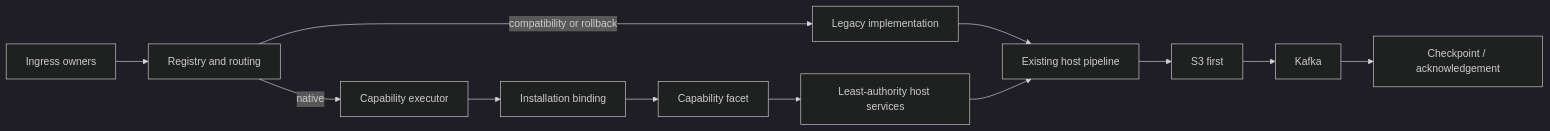
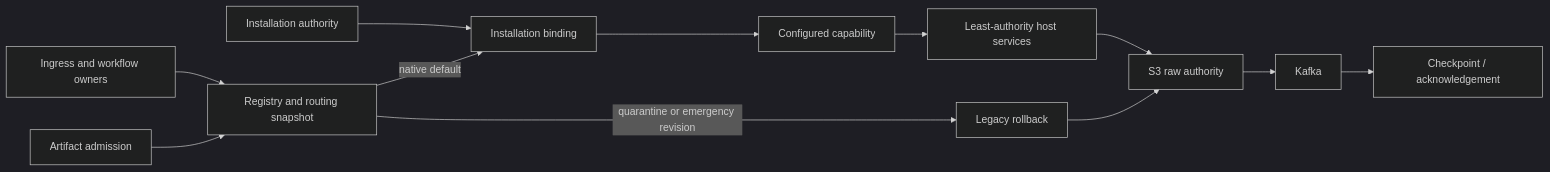
The diagram in docs/ingestion/source-connectors/runtime-architecture.md (Fyralisinc/fyraliscore), drawn with Mermaid (dark theme) before and after one commit. The commit also changed other lines of this file and 82 other files, not shown here.

````diff
--- a/docs/ingestion/source-connectors/runtime-architecture.md
+++ b/docs/ingestion/source-connectors/runtime-architecture.md
@@ -12,14 +17,14 @@
 ```mermaid
 flowchart LR
-    I[Ingress owners] --> RR[Registry and routing]
-    RR -->|native| EX[Capability executor]
-    RR -->|compatibility or rollback| LG[Legacy implementation]
-    EX --> B[Installation binding]
-    B --> C[Capability facet]
+    I[Ingress and workflow owners] --> RR[Registry and routing snapshot]
+    A[Artifact admission] --> RR
+    IA[Installation authority] --> B[Installation binding]
+    RR -->|native default| B
+    RR -->|quarantine or emergency revision| LG[Legacy rollback]
+    B --> C[Configured capability]
     C --> HS[Least-authority host services]
-    LG --> HP[Existing host pipeline]
-    HS --> HP
-    HP --> S3[S3 first]
+    HS --> S3[S3 raw authority]
     S3 --> K[Kafka]
     K --> CP[Checkpoint / acknowledgement]
+    LG --> S3
 ```
````
